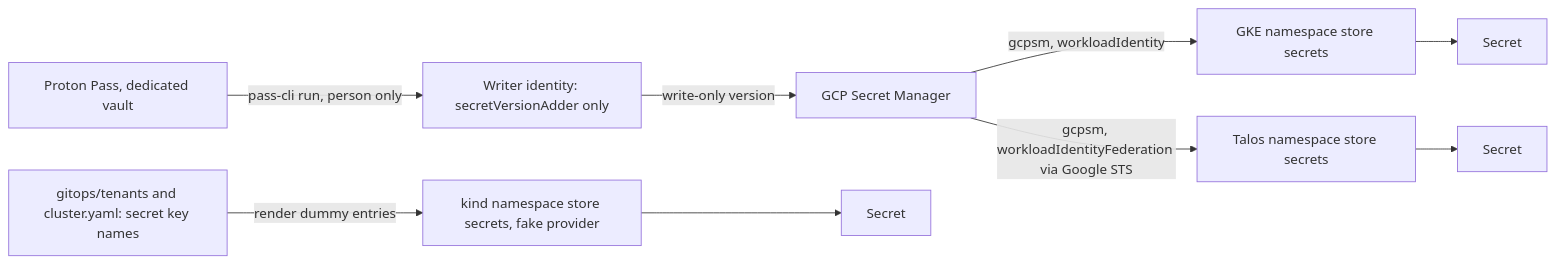
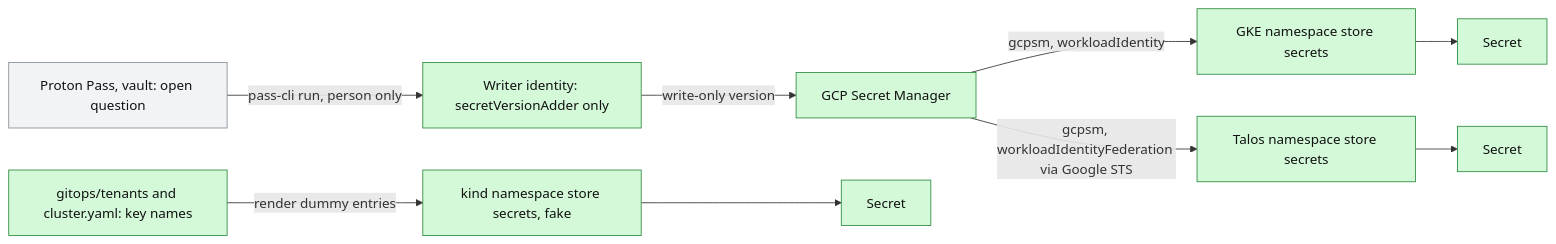
Before and after one commit to gsuquet/infra: the diagram in docs/rfc/0020-secrets-backend.md, drawn with Mermaid. The commit also changed other lines of this file and 4 other files, not shown here.

````diff
--- a/docs/rfc/0020-secrets-backend.md
+++ b/docs/rfc/0020-secrets-backend.md
@@ -163,11 +136,13 @@
 ```mermaid
 flowchart LR
-  PP["Proton Pass, dedicated vault"] -->|"pass-cli run, person only"| W["Writer identity: secretVersionAdder only"]
-  W -->|"write-only version"| SM["GCP Secret Manager"]
-  SM -->|"gcpsm, workloadIdentity"| GKE["GKE namespace store secrets"]
-  SM -->|"gcpsm, workloadIdentityFederation via Google STS"| TAL["Talos namespace store secrets"]
-  TF["gitops/tenants and cluster.yaml: secret key names"] -->|"render dummy entries"| KIND["kind namespace store secrets, fake provider"]
-  GKE --> S1["Secret"]
-  TAL --> S2["Secret"]
-  KIND --> S3["Secret"]
+  PP["Proton Pass, vault: open question"]:::unchanged -->|"pass-cli run, person only"| W["Writer identity: secretVersionAdder only"]:::new
+  W -->|"write-only version"| SM["GCP Secret Manager"]:::new
+  SM -->|"gcpsm, workloadIdentity"| GKE["GKE namespace store secrets"]:::new
+  SM -->|"gcpsm, workloadIdentityFederation via Google STS"| TAL["Talos namespace store secrets"]:::new
+  TF["gitops/tenants and cluster.yaml: key names"]:::new -->|"render dummy entries"| KIND["kind namespace store secrets, fake"]:::new
+  GKE --> S1["Secret"]:::new
+  TAL --> S2["Secret"]:::new
+  KIND --> S3["Secret"]:::new
+  classDef new fill:#d3f9d8,stroke:#2b8a3e,color:#111
+  classDef unchanged fill:#f1f3f5,stroke:#868e96,color:#111
 ```
````
